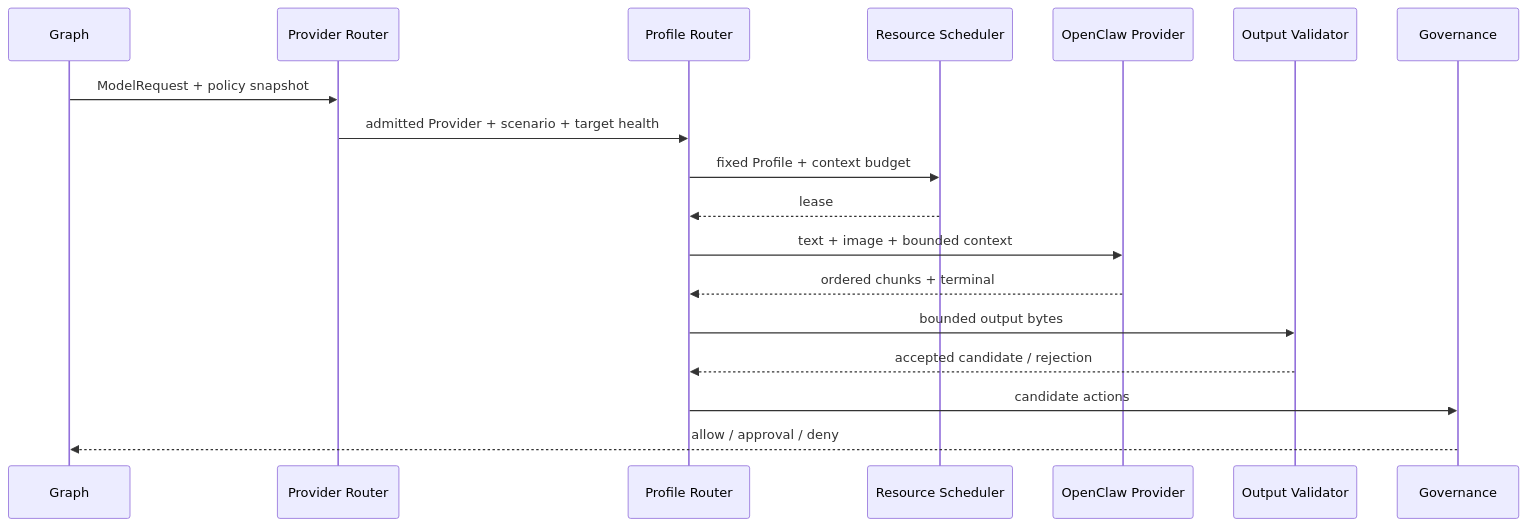
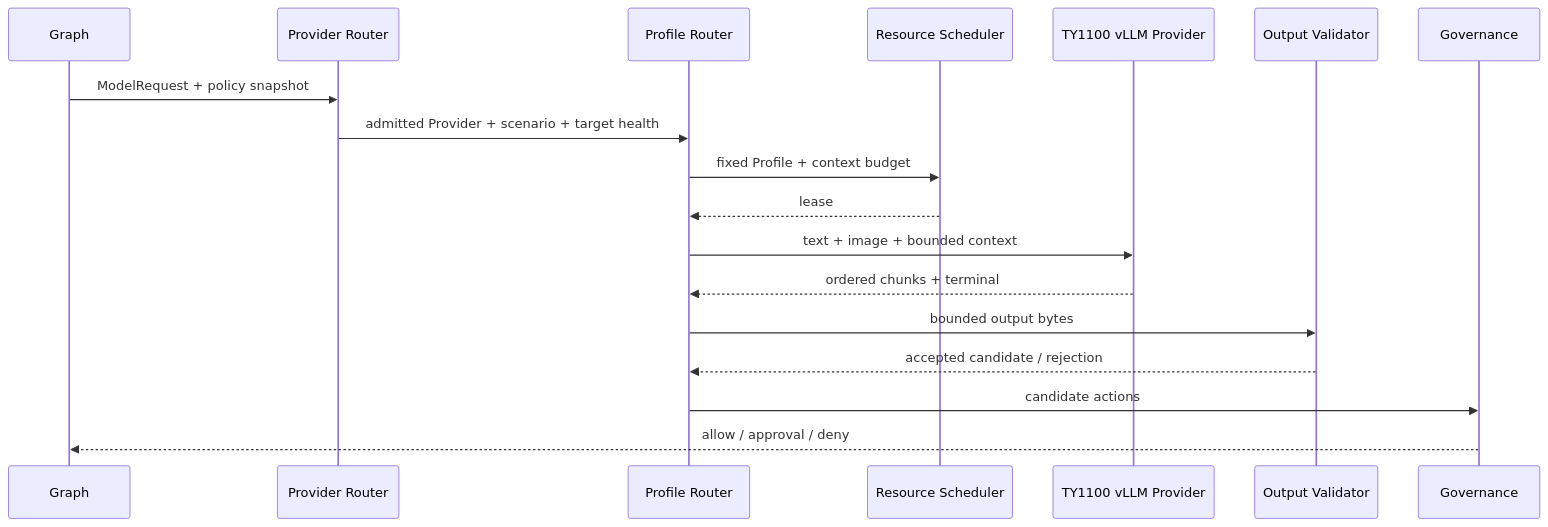
Before and after one commit to LucasWEIchen/CougarOS: the diagram in docs/modules/11-model-scheduler-openclaw.md, drawn with Mermaid. The commit also changed other lines of this file and 25 other files, not shown here.

````diff
--- a/docs/modules/11-model-scheduler-openclaw.md
+++ b/docs/modules/11-model-scheduler-openclaw.md
@@ -170,20 +169,20 @@
 ```mermaid
 sequenceDiagram
     participant G as Graph
     participant P1 as Provider Router
     participant P2 as Profile Router
     participant S as Resource Scheduler
-    participant P as OpenClaw Provider
+    participant P as TY1100 vLLM Provider
     participant V as Output Validator
     participant A as Governance
     G->>P1: ModelRequest + policy snapshot
     P1->>P2: admitted Provider + scenario + target health
     P2->>S: fixed Profile + context budget
     S-->>P2: lease
     P2->>P: text + image + bounded context
     P-->>P2: ordered chunks + terminal
     P2->>V: bounded output bytes
     V-->>P2: accepted candidate / rejection
     P2->>A: candidate actions
     A-->>G: allow / approval / deny
 ```
````
